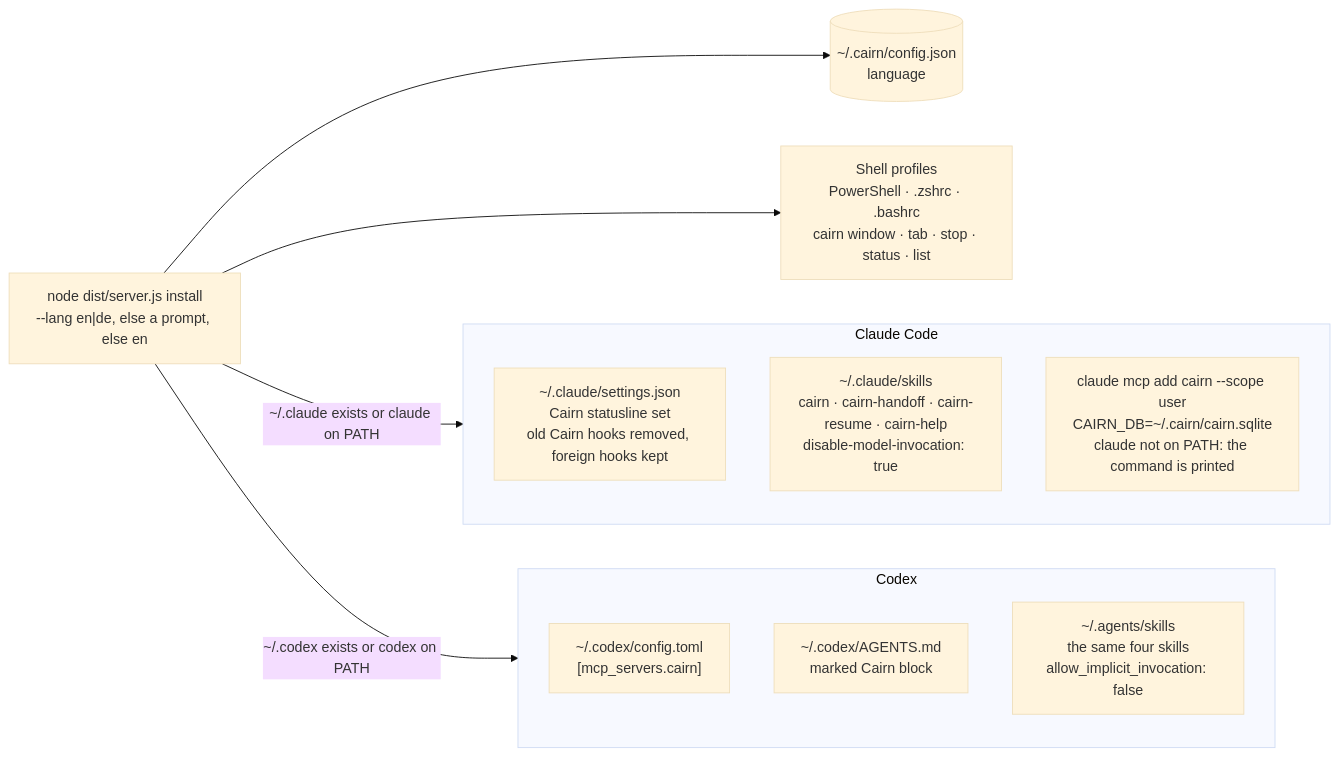
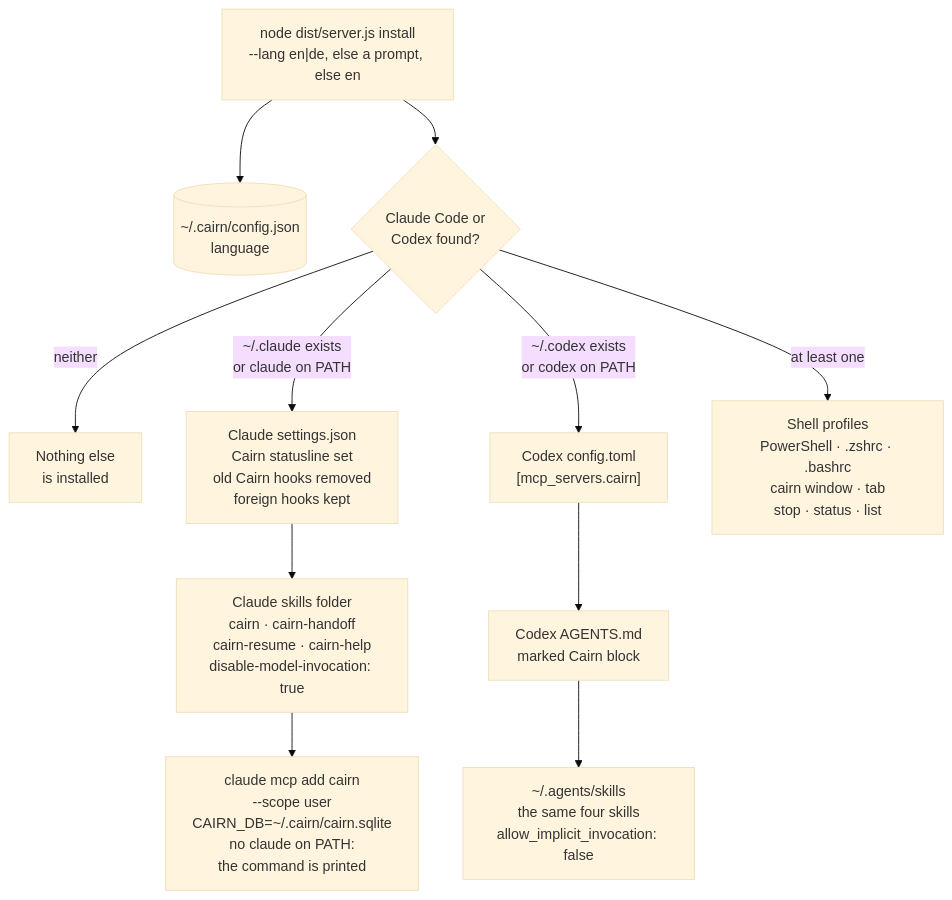
Before and after one commit to CheswickDEV/cairn: the eighth of 8 diagrams in README.md, drawn with Mermaid (base theme). The commit also changed other lines of this file, not shown here.

First line of the commit message:
docs(readme): diagram corrections from two independent reviews

````diff
--- a/README.md
+++ b/README.md
@@ -530,20 +528,17 @@
 ```mermaid
-flowchart LR
+flowchart TB
     cmd["node dist/server.js install<br/>--lang en|de, else a prompt, else en"]
     cmd --> lang[("~/.cairn/config.json<br/>language")]
-    cmd -->|"~/.claude exists or claude on PATH"| claudeSetup
-    cmd -->|"~/.codex exists or codex on PATH"| codexSetup
-    cmd --> sh["Shell profiles<br/>PowerShell · .zshrc · .bashrc<br/>cairn window · tab · stop · status · list"]
+    cmd --> found{"Claude Code or<br/>Codex found?"}
+    found -->|"neither"| none["Nothing else<br/>is installed"]
 
-    subgraph claudeSetup["Claude Code"]
-        c1["~/.claude/settings.json<br/>Cairn statusline set<br/>old Cairn hooks removed, foreign hooks kept"]
-        c2["~/.claude/skills<br/>cairn · cairn-handoff · cairn-resume · cairn-help<br/>disable-model-invocation: true"]
-        c3["claude mcp add cairn --scope user<br/>CAIRN_DB=~/.cairn/cairn.sqlite<br/>claude not on PATH: the command is printed"]
-    end
+    found -->|"~/.claude exists<br/>or claude on PATH"| c1["Claude settings.json<br/>Cairn statusline set<br/>old Cairn hooks removed<br/>foreign hooks kept"]
+    c1 --> c2["Claude skills folder<br/>cairn · cairn-handoff<br/>cairn-resume · cairn-help<br/>disable-model-invocation: true"]
+    c2 --> c3["claude mcp add cairn<br/>--scope user<br/>CAIRN_DB=~/.cairn/cairn.sqlite<br/>no claude on PATH:<br/>the command is printed"]
 
-    subgraph codexSetup["Codex"]
-        x1["~/.codex/config.toml<br/>[mcp_servers.cairn]"]
-        x2["~/.codex/AGENTS.md<br/>marked Cairn block"]
-        x3["~/.agents/skills<br/>the same four skills<br/>allow_implicit_invocation: false"]
-    end
+    found -->|"~/.codex exists<br/>or codex on PATH"| x1["Codex config.toml<br/>[mcp_servers.cairn]"]
+    x1 --> x2["Codex AGENTS.md<br/>marked Cairn block"]
+    x2 --> x3["~/.agents/skills<br/>the same four skills<br/>allow_implicit_invocation: false"]
+
+    found -->|"at least one"| sh["Shell profiles<br/>PowerShell · .zshrc · .bashrc<br/>cairn window · tab<br/>stop · status · list"]
 ```
````
